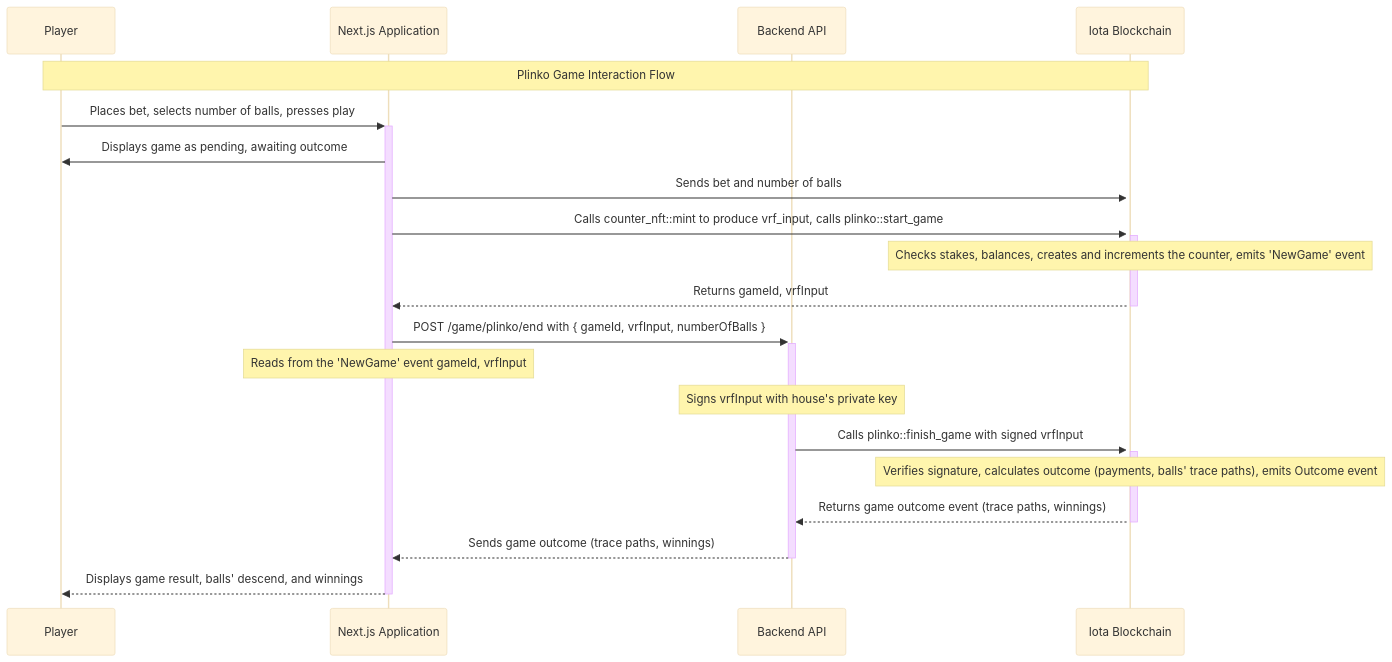
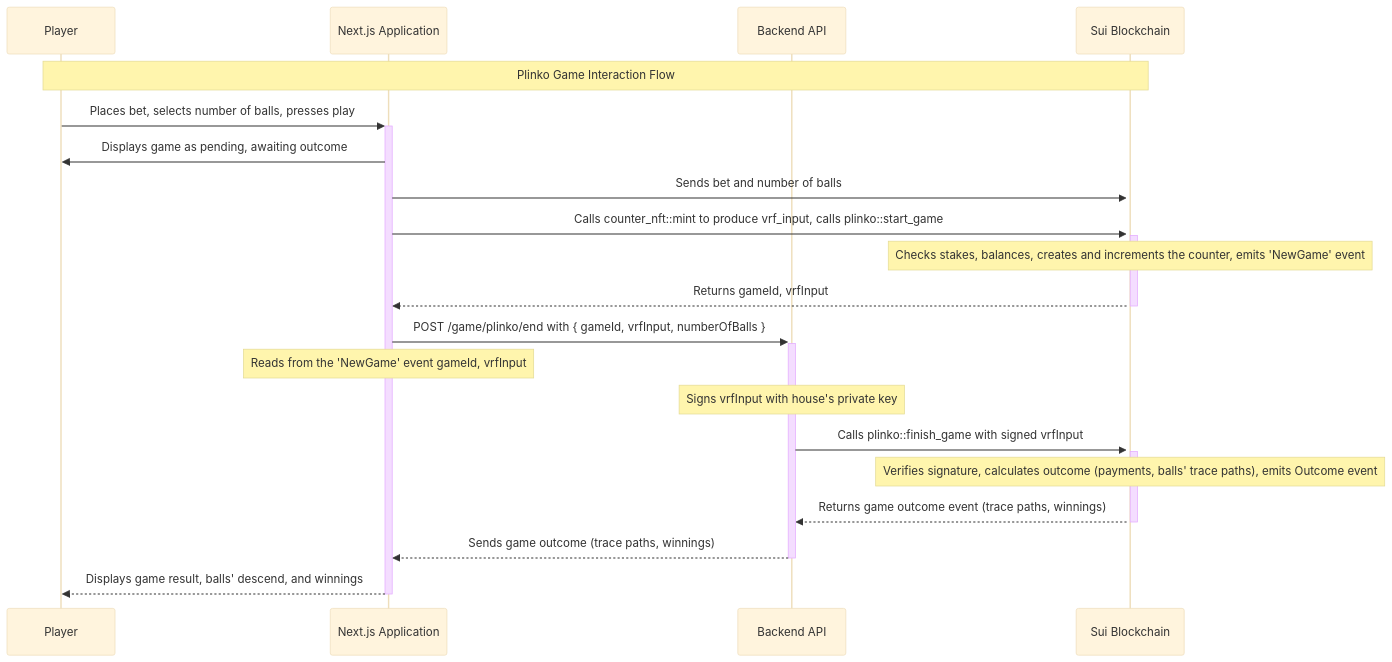
One commit to rafnixschaf/iota changed the diagram in docs/content/guides/developer/app-examples/plinko.mdx. Above: the diagram before and after it, drawn with Mermaid (base theme). The commit also changed other lines of this file and 9877 other files, not shown here.

````diff
--- a/docs/content/guides/developer/app-examples/plinko.mdx
+++ b/docs/content/guides/developer/app-examples/plinko.mdx
@@ -25,24 +25,24 @@
 ```mermaid
 sequenceDiagram
     participant Player as Player
     participant UI as Next.js Application
     participant API as Backend API
-    participant Blockchain as Iota Blockchain
+    participant Blockchain as Sui Blockchain
 
     Note over Player, Blockchain: Plinko Game Interaction Flow
 
     Player->>+UI: Places bet, selects number of balls, presses play
     UI->>Player: Displays game as pending, awaiting outcome
     UI->>+Blockchain: Sends bet and number of balls
     UI->>+Blockchain: Calls counter_nft::mint to produce vrf_input, calls plinko::start_game
     Note over Blockchain: Checks stakes, balances, creates and increments the counter, emits 'NewGame' event
     Blockchain-->>-UI: Returns gameId, vrfInput
     UI->>+API: POST /game/plinko/end with { gameId, vrfInput, numberOfBalls }
     Note over UI: Reads from the 'NewGame' event gameId, vrfInput
     Note over API: Signs vrfInput with house's private key
     API->>+Blockchain: Calls plinko::finish_game with signed vrfInput
     Note over Blockchain: Verifies signature, calculates outcome (payments, balls' trace paths), emits Outcome event
     Blockchain-->>-API: Returns game outcome event (trace paths, winnings)
     API-->>-UI: Sends game outcome (trace paths, winnings)
     UI-->>-Player: Displays game result, balls' descend, and winnings
 ```
````
